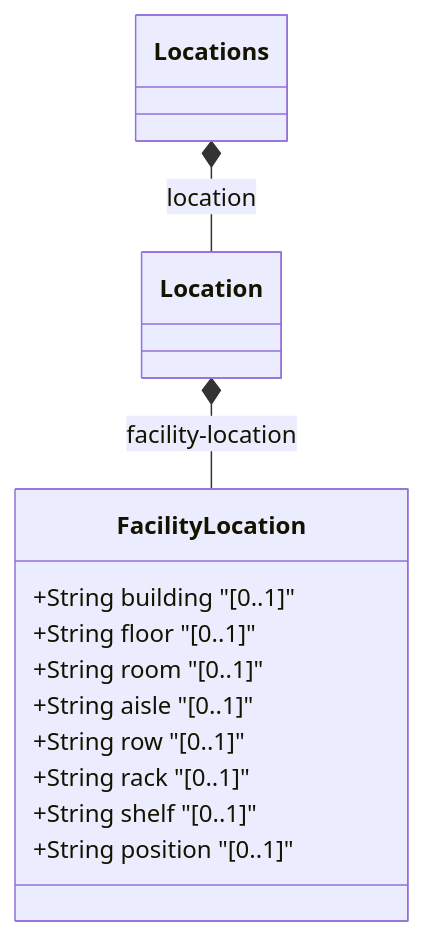
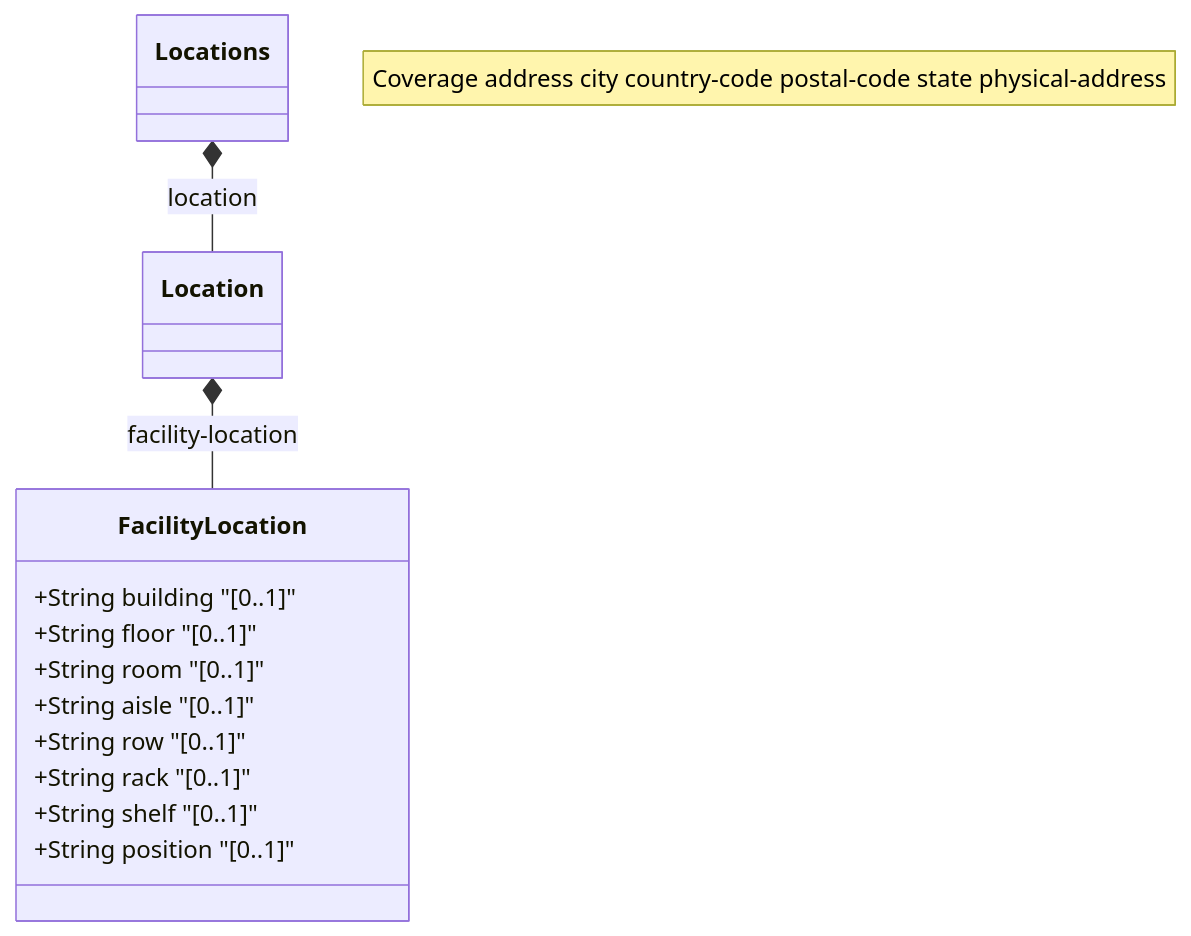
One commit to gintatkinson/3dgs-032 changed the diagram in docs/features/feat-10-facility-location.md. Above: the diagram before and after it, drawn with Mermaid. The commit also changed other lines of this file and 14 other files, not shown here.

````diff
--- a/docs/features/feat-10-facility-location.md
+++ b/docs/features/feat-10-facility-location.md
@@ -22,17 +24,18 @@
 ```mermaid
 classDiagram
+    note "Coverage address city country-code postal-code state physical-address"
     class Locations
     class Location
     class FacilityLocation {
         +String building "[0..1]"
         +String floor "[0..1]"
         +String room "[0..1]"
         +String aisle "[0..1]"
         +String row "[0..1]"
         +String rack "[0..1]"
         +String shelf "[0..1]"
         +String position "[0..1]"
     }
     Locations *-- Location : location
     Location *-- FacilityLocation : facility-location
 ```
````
